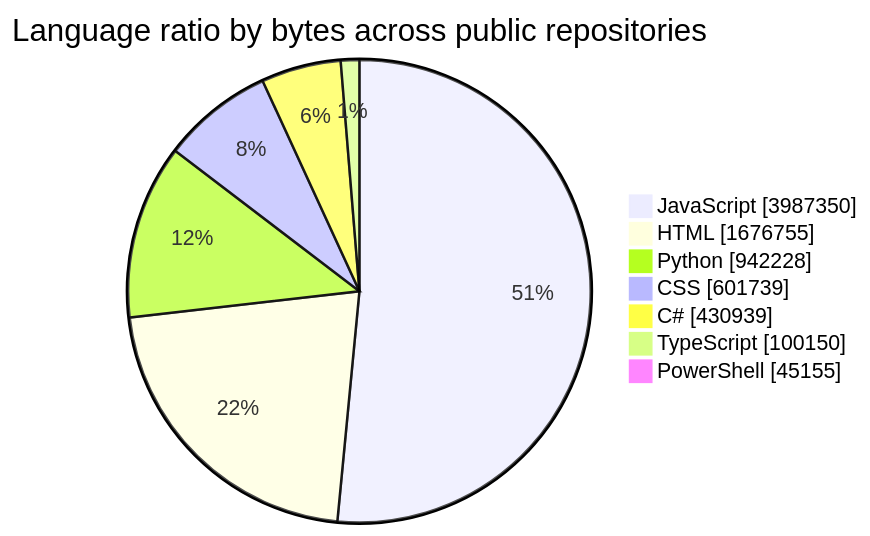
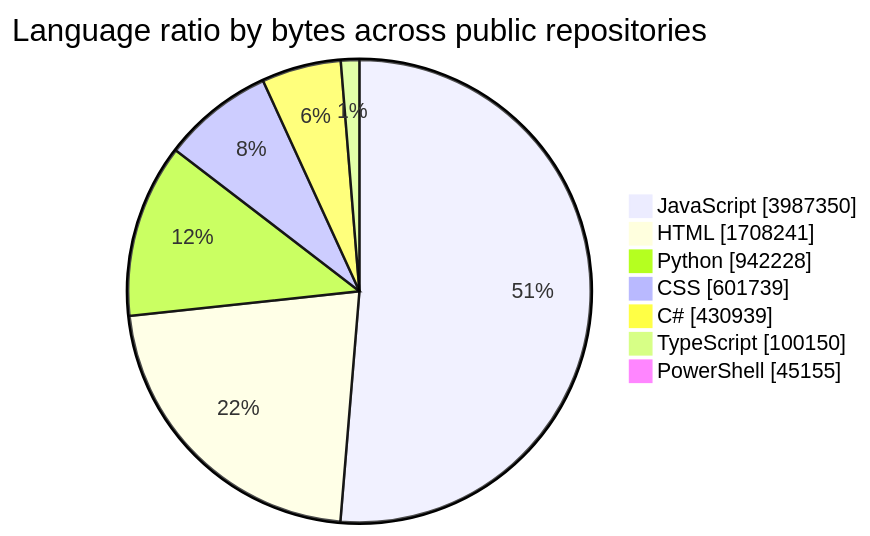
Before and after one commit to tchinso/tchinso: the first of 2 diagrams in README.md, drawn with Mermaid. The commit also changed other lines of this file, not shown here.

````diff
--- a/README.md
+++ b/README.md
@@ -24,11 +24,11 @@
 ```mermaid
 pie showData
     title Language ratio by bytes across public repositories
     "JavaScript" : 3987350
-    "HTML" : 1676755
+    "HTML" : 1708241
     "Python" : 942228
     "CSS" : 601739
     "C#" : 430939
     "TypeScript" : 100150
     "PowerShell" : 45155
 ```
````
